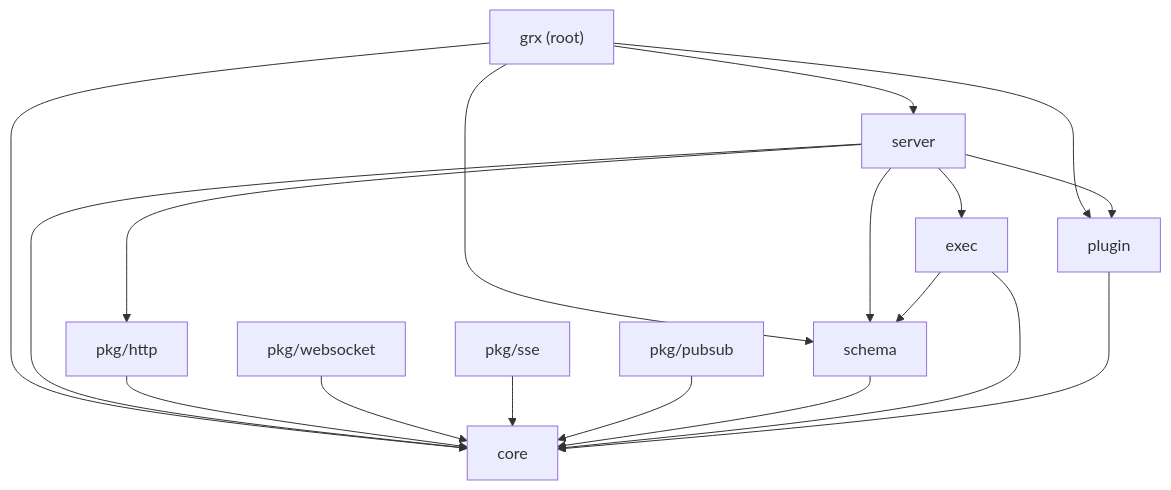
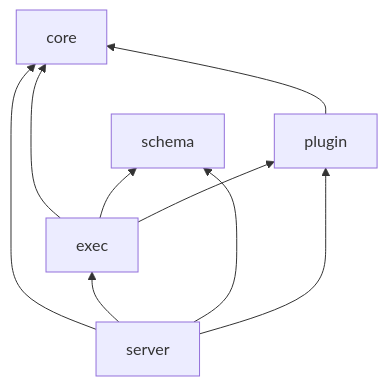
Before and after one commit to grx-gql/grx: the second of 2 diagrams in docs/concepts/architecture.md, drawn with Mermaid. The commit also changed other lines of this file and 79 other files, not shown here.

````diff
--- a/docs/concepts/architecture.md
+++ b/docs/concepts/architecture.md
@@ -29,20 +58,12 @@
 ```mermaid
-flowchart TD
-    grx["grx (root)"] --> server
-    grx --> plugin
-    grx --> core
-    grx --> schema
-    server --> schema
-    server --> exec
-    server --> plugin
-    server --> core
-    server --> grxhttp["pkg/http"]
-    grxhttp --> core
-    websocket["pkg/websocket"] --> core
-    sse["pkg/sse"] --> core
-    pubsub["pkg/pubsub"] --> core
-    schema --> core
-    exec --> core
-    exec --> schema
-    plugin --> core
+flowchart BT
+  core
+  plugin --> core
+  exec --> core
+  exec --> schema
+  exec --> plugin
+  server --> core
+  server --> exec
+  server --> schema
+  server --> plugin
 ```
````
